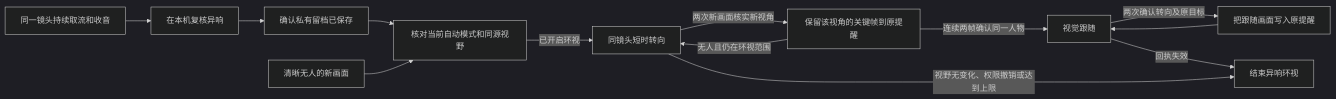
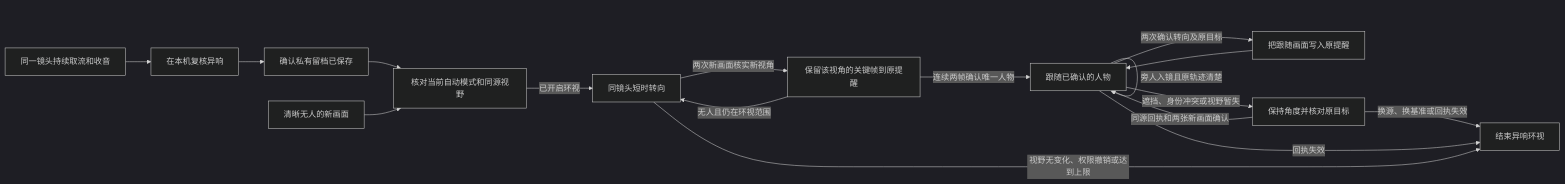
Before and after one commit to Geeprox/Friday: diagram 12 of 36 in docs/architecture.md, drawn with Mermaid (dark theme). The commit also changed other lines of this file and 5 other files, not shown here.

````diff
--- a/docs/architecture.md
+++ b/docs/architecture.md
@@ -312,15 +312,19 @@
 ```mermaid
 flowchart LR
   A[同一镜头持续取流和收音] --> R[在本机复核异响]
   R --> B[确认私有留档已保存]
   B --> W[核对当前自动模式和同源视野]
   V[清晰无人的新画面] --> W
   W -->|已开启环视| C[同镜头短时转向]
   C -->|两次新画面核实新视角| F[保留该视角的关键帧到原提醒]
   F -->|无人且仍在环视范围| C
-  F -->|连续两帧确认同一人物| D[视觉跟随]
+  F -->|连续两帧确认唯一人物| D[跟随已确认的人物]
+  D -->|旁人入镜且原轨迹清楚| D
+  D -->|遮挡、身份冲突或视野暂失| H[保持角度并核对原目标]
+  H -->|同源回执和两张新画面确认| D
+  H -->|换源、换基准或回执失效| E
   D -->|两次确认转向及原目标| G[把跟随画面写入原提醒]
   G --> D
   D -->|回执失效| E
   C -->|视野无变化、权限撤销或达到上限| E[结束异响环视]
 ```
````
